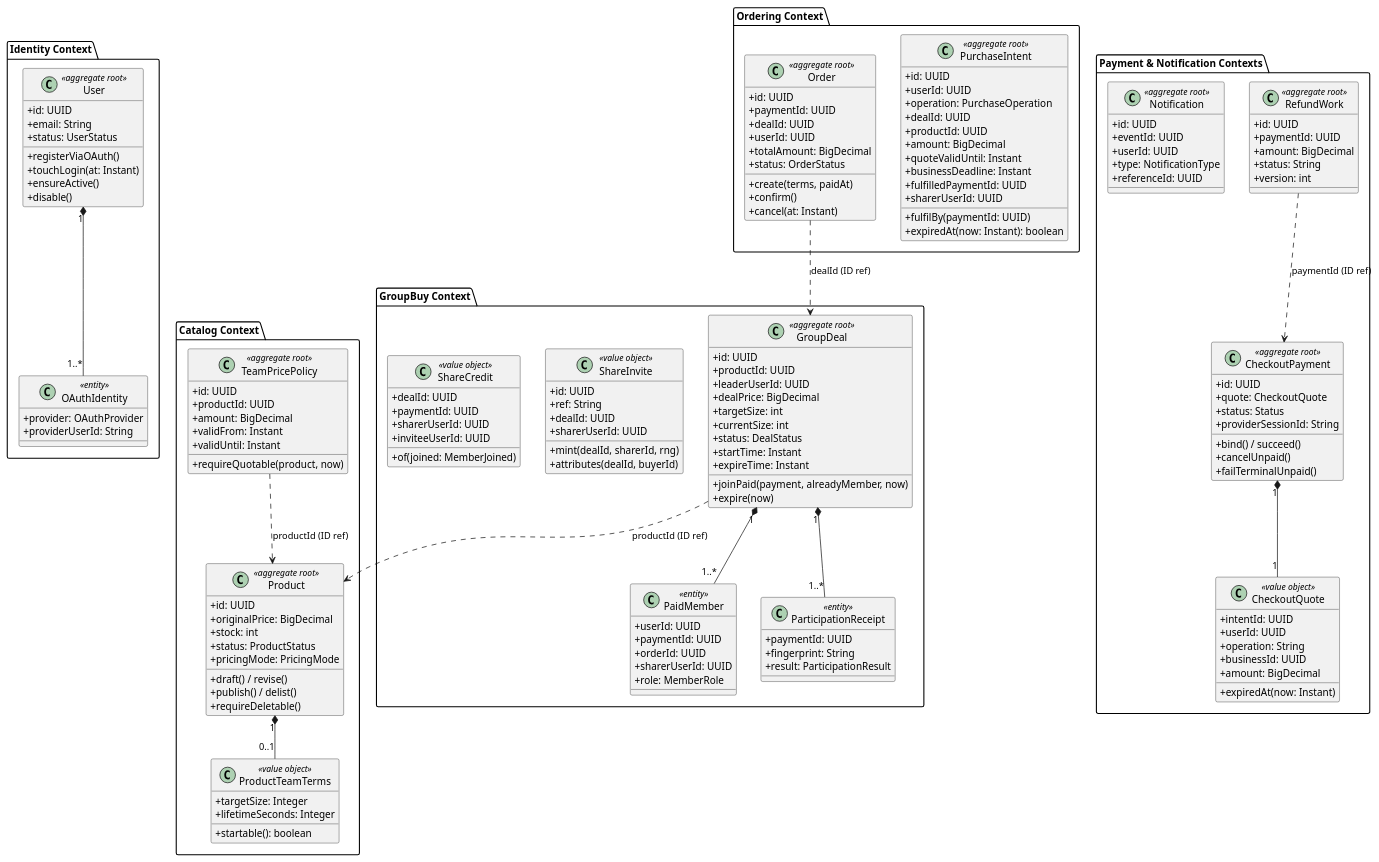
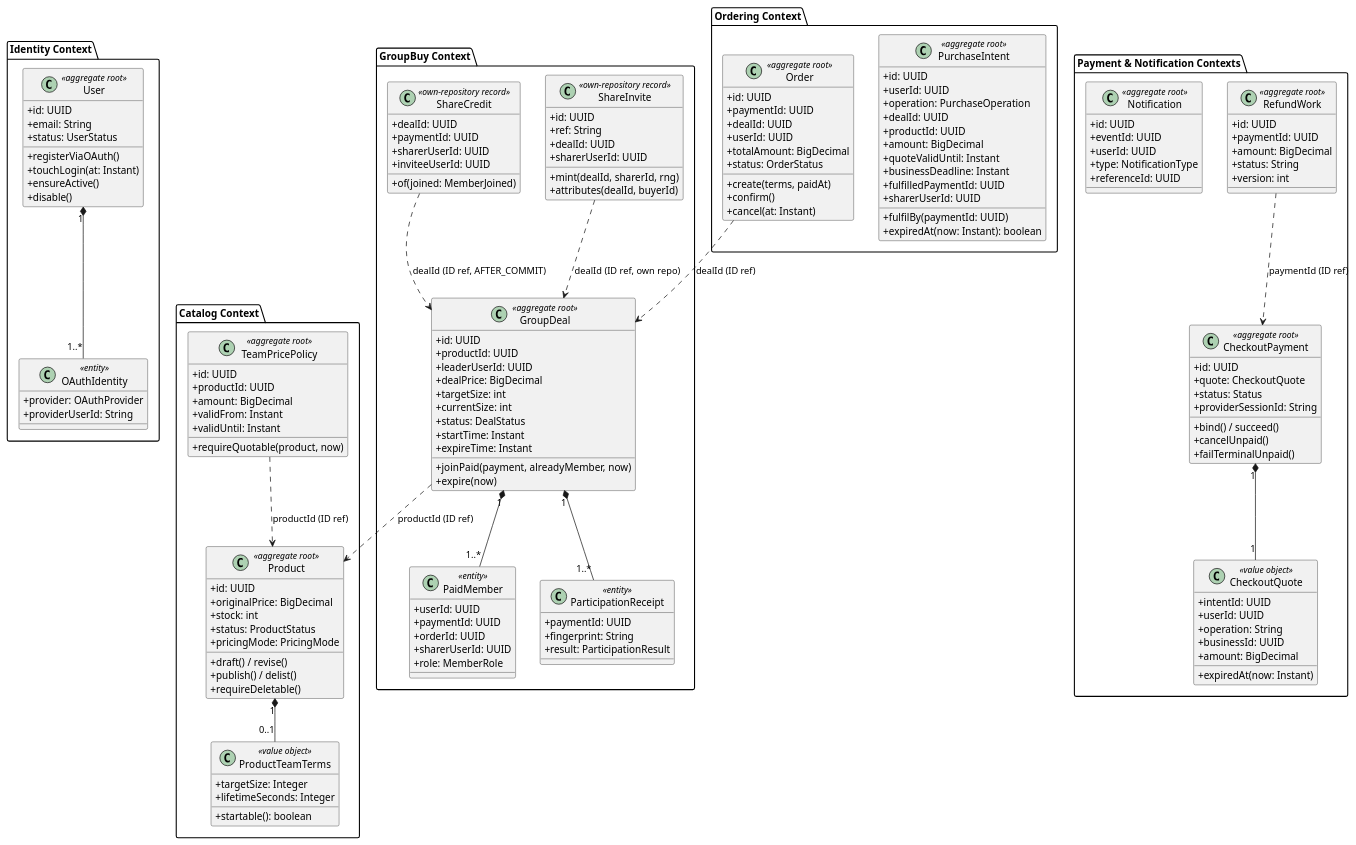
Before and after one commit to PPsyrius/iss-groupbuy-team8: the diagram in docs/swe5001/report/diagrams/d7-aggregates.puml, drawn with PlantUML. The commit also changed 6 other files, not shown here.

Commit message:
docs(report): reconcile §3.1 and diagrams D3/D4/D7 with codebase and §3.2–§4.4 (#587, #462)

```diff
--- a/docs/swe5001/report/diagrams/d7-aggregates.puml
+++ b/docs/swe5001/report/diagrams/d7-aggregates.puml
@@ -1,160 +1,162 @@
 @startuml d7-aggregates
 skinparam classAttributeIconSize 0
 skinparam Shadowing false
 
 package "Identity Context" {
   class User <<aggregate root>> {
     +id: UUID
     +email: String
     +status: UserStatus
     +registerViaOAuth()
     +touchLogin(at: Instant)
     +ensureActive()
     +disable()
   }
   class OAuthIdentity <<entity>> {
     +provider: OAuthProvider
     +providerUserId: String
   }
   User "1" *-- "1..*" OAuthIdentity
 }
 
 package "Catalog Context" {
   class Product <<aggregate root>> {
     +id: UUID
     +originalPrice: BigDecimal
     +stock: int
     +status: ProductStatus
     +pricingMode: PricingMode
     +draft() / revise()
     +publish() / delist()
     +requireDeletable()
   }
   class ProductTeamTerms <<value object>> {
     +targetSize: Integer
     +lifetimeSeconds: Integer
     +startable(): boolean
   }
   class TeamPricePolicy <<aggregate root>> {
     +id: UUID
     +productId: UUID
     +amount: BigDecimal
     +validFrom: Instant
     +validUntil: Instant
     +requireQuotable(product, now)
   }
   Product "1" *-- "0..1" ProductTeamTerms
   TeamPricePolicy ..> Product : productId (ID ref)
 }
 
 package "GroupBuy Context" {
   class GroupDeal <<aggregate root>> {
     +id: UUID
     +productId: UUID
     +leaderUserId: UUID
     +dealPrice: BigDecimal
     +targetSize: int
     +currentSize: int
     +status: DealStatus
     +startTime: Instant
     +expireTime: Instant
     +joinPaid(payment, alreadyMember, now)
     +expire(now)
   }
   class PaidMember <<entity>> {
     +userId: UUID
     +paymentId: UUID
     +orderId: UUID
     +sharerUserId: UUID
     +role: MemberRole
   }
   class ParticipationReceipt <<entity>> {
     +paymentId: UUID
     +fingerprint: String
     +result: ParticipationResult
   }
-  class ShareInvite <<value object>> {
+  class ShareInvite <<own-repository record>> {
     +id: UUID
     +ref: String
     +dealId: UUID
     +sharerUserId: UUID
     +mint(dealId, sharerId, rng)
     +attributes(dealId, buyerId)
   }
-  class ShareCredit <<value object>> {
+  class ShareCredit <<own-repository record>> {
     +dealId: UUID
     +paymentId: UUID
     +sharerUserId: UUID
     +inviteeUserId: UUID
     +of(joined: MemberJoined)
   }
   GroupDeal "1" *-- "1..*" PaidMember
   GroupDeal "1" *-- "1..*" ParticipationReceipt
+  ShareInvite ..> GroupDeal : dealId (ID ref, own repo)
+  ShareCredit ..> GroupDeal : dealId (ID ref, AFTER_COMMIT)
   GroupDeal ..> Product : productId (ID ref)
 }
 
 package "Ordering Context" {
   class PurchaseIntent <<aggregate root>> {
     +id: UUID
     +userId: UUID
     +operation: PurchaseOperation
     +dealId: UUID
     +productId: UUID
     +amount: BigDecimal
     +quoteValidUntil: Instant
     +businessDeadline: Instant
     +fulfilledPaymentId: UUID
     +sharerUserId: UUID
     +fulfilBy(paymentId: UUID)
     +expiredAt(now: Instant): boolean
   }
   class Order <<aggregate root>> {
     +id: UUID
     +paymentId: UUID
     +dealId: UUID
     +userId: UUID
     +totalAmount: BigDecimal
     +status: OrderStatus
     +create(terms, paidAt)
     +confirm()
     +cancel(at: Instant)
   }
   Order ..> GroupDeal : dealId (ID ref)
 }
 
 package "Payment & Notification Contexts" {
   class CheckoutPayment <<aggregate root>> {
     +id: UUID
     +quote: CheckoutQuote
     +status: Status
     +providerSessionId: String
     +bind() / succeed()
     +cancelUnpaid()
     +failTerminalUnpaid()
   }
   class CheckoutQuote <<value object>> {
     +intentId: UUID
     +userId: UUID
     +operation: String
     +businessId: UUID
     +amount: BigDecimal
     +expiredAt(now: Instant)
   }
   class RefundWork <<aggregate root>> {
     +id: UUID
     +paymentId: UUID
     +amount: BigDecimal
     +status: String
     +version: int
   }
   class Notification <<aggregate root>> {
     +id: UUID
     +eventId: UUID
     +userId: UUID
     +type: NotificationType
     +referenceId: UUID
   }
   CheckoutPayment "1" *-- "1" CheckoutQuote
   RefundWork ..> CheckoutPayment : paymentId (ID ref)
 }
 @enduml
```
